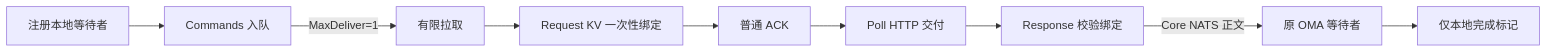
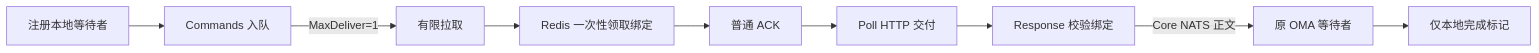
Before and after one commit to superduck-ai/open-managed-agents: the fourth of 4 diagrams in docs/design/mcp-tunnel-developer-guide.md, drawn with Mermaid. The commit also changed other lines of this file and 33 other files, not shown here.

Commit message:
[modify] move tunnel request bindings to Redis and remove request count limits

````diff
--- a/docs/design/mcp-tunnel-developer-guide.md
+++ b/docs/design/mcp-tunnel-developer-guide.md
@@ -514,11 +514,11 @@
 ```mermaid
 flowchart LR
     Ingress[注册本地等待者] --> Queue[Commands 入队]
     Queue -->|MaxDeliver=1| Poll[有限拉取]
-    Poll --> Binding[Request KV 一次性绑定]
+    Poll --> Binding[Redis 一次性领取绑定]
     Binding --> ACK[普通 ACK]
     ACK --> Connector[Poll HTTP 交付]
     Connector --> Result[Response 校验绑定]
     Result -->|Core NATS 正文| Origin[原 OMA 等待者]
     Origin --> Receipt[仅本地完成标记]
 ```
````
